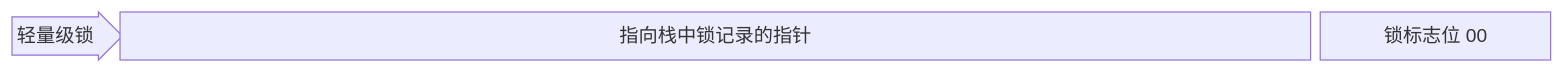
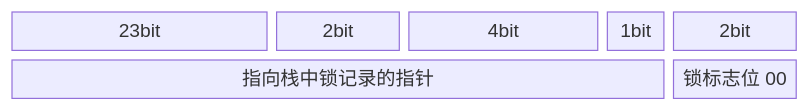
The fourth of 7 diagrams in docs/java/并发.md (duskbat/cs-manual), drawn with Mermaid before and after one commit. The commit also changed other lines of this file and 1 other file, not shown here.

````diff
--- a/docs/java/并发.md
+++ b/docs/java/并发.md
@@ -60,5 +86,6 @@
 ```mermaid
 block-beta
-  columns 13
-  r3<["轻量级锁"]>(right):1 r3a["指向栈中锁记录的指针"]:10 r3b["锁标志位 00"]:2
+  columns 12
+  r0a["23bit"]:4 r0b["2bit"]:2 r0c["4bit"]:3 r0d["1bit"]:1 r0e["2bit"]:2
+  r3a["指向栈中锁记录的指针"]:10 r3b["锁标志位 00"]:2
 ```
````
